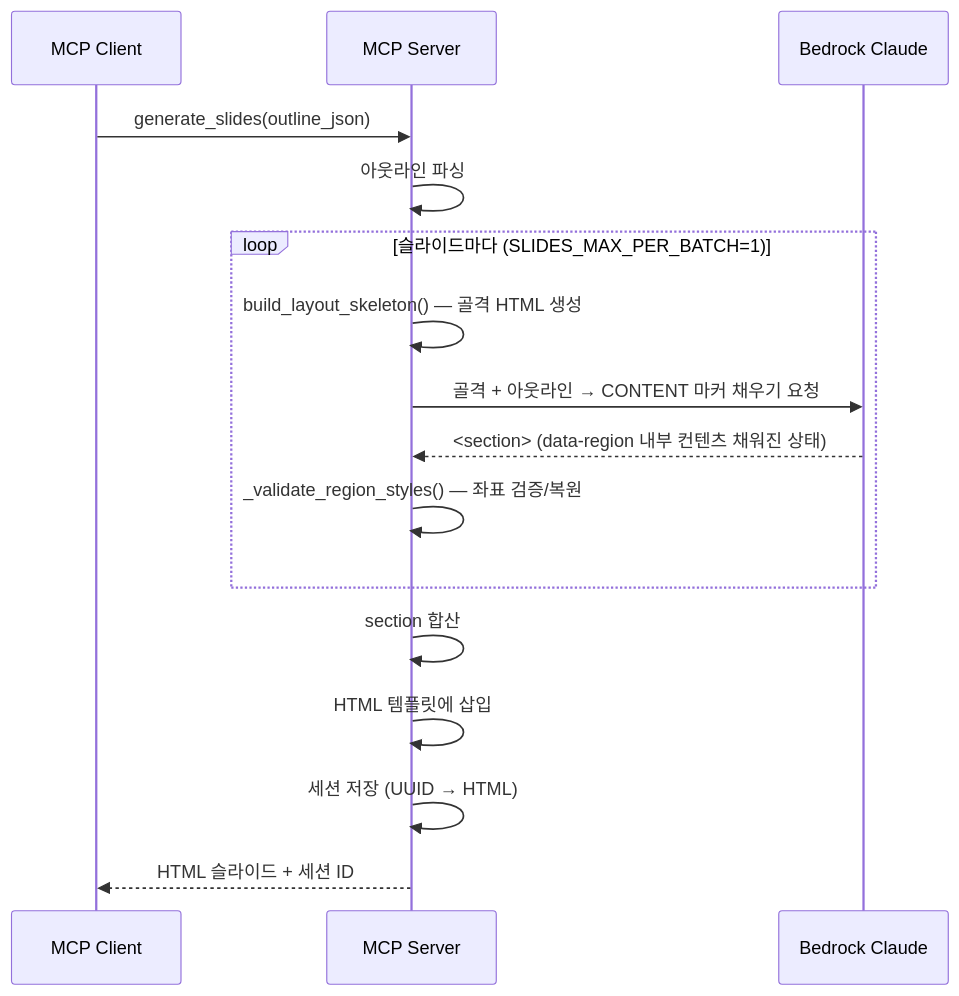
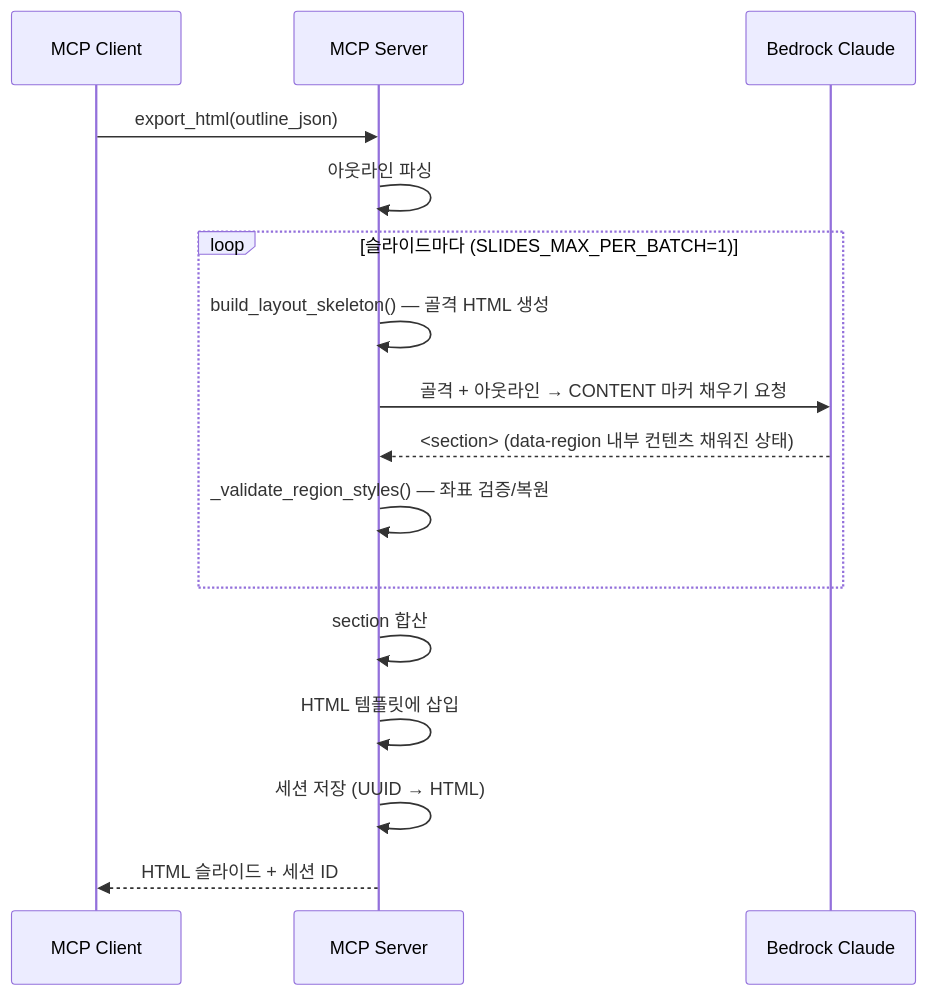
The diagram in docs/adr/pipeline/0004-html-slide-generation.md (haandol/ppt-generator), drawn with Mermaid before and after one commit. The commit also changed other lines of this file and 17 other files, not shown here.

First line of the commit message:
refactor(slides): rename generate_slides to export_html for naming consistency

````diff
--- a/docs/adr/pipeline/0004-html-slide-generation.md
+++ b/docs/adr/pipeline/0004-html-slide-generation.md
@@ -139,21 +139,21 @@
 ```mermaid
 sequenceDiagram
     participant Client as MCP Client
     participant Server as MCP Server
     participant LLM as Bedrock Claude
 
-    Client->>Server: generate_slides(outline_json)
+    Client->>Server: export_html(outline_json)
     Server->>Server: 아웃라인 파싱
 
     loop 슬라이드마다 (SLIDES_MAX_PER_BATCH=1)
         Server->>Server: build_layout_skeleton() — 골격 HTML 생성
         Server->>LLM: 골격 + 아웃라인 → CONTENT 마커 채우기 요청
         LLM-->>Server: <section> (data-region 내부 컨텐츠 채워진 상태)
         Server->>Server: _validate_region_styles() — 좌표 검증/복원
     end
 
     Server->>Server: section 합산
     Server->>Server: HTML 템플릿에 삽입
     Server->>Server: 세션 저장 (UUID → HTML)
     Server-->>Client: HTML 슬라이드 + 세션 ID
 ```
````
